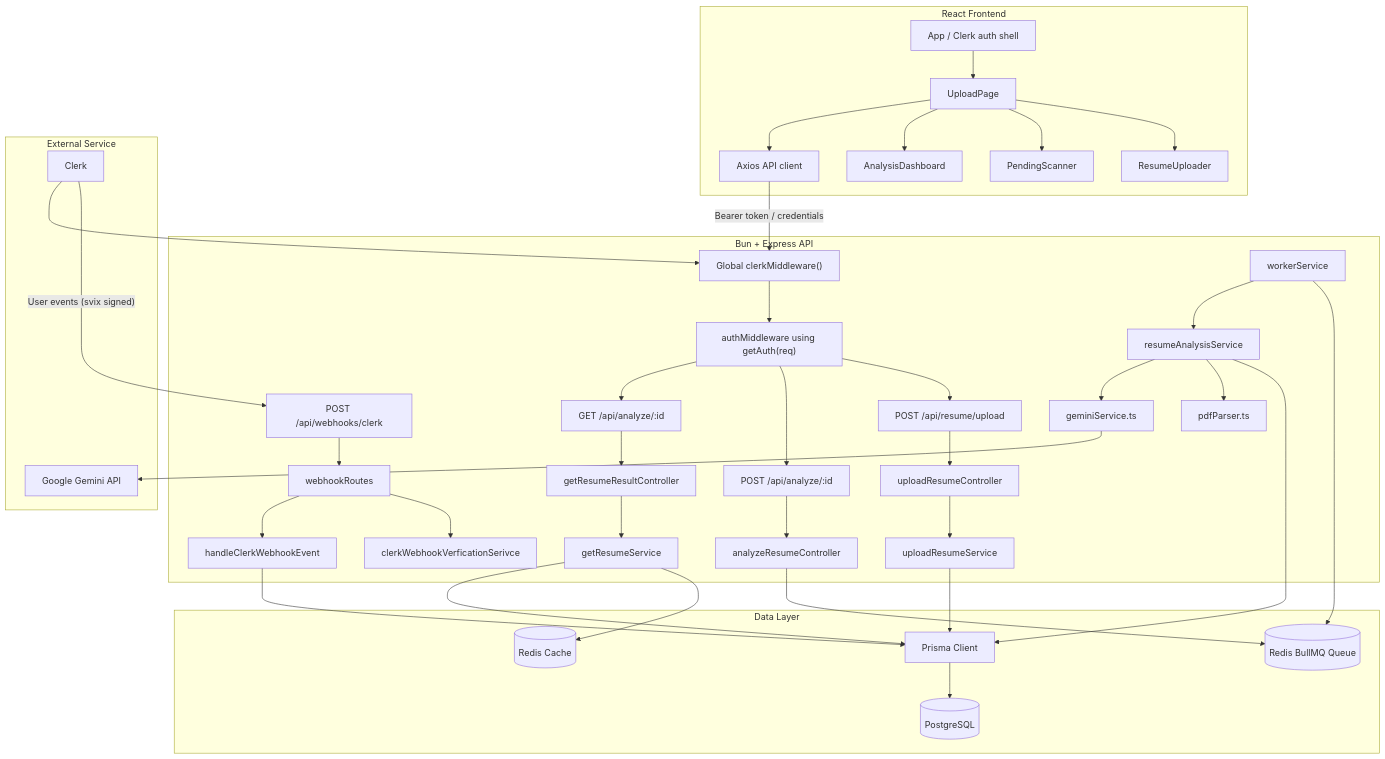
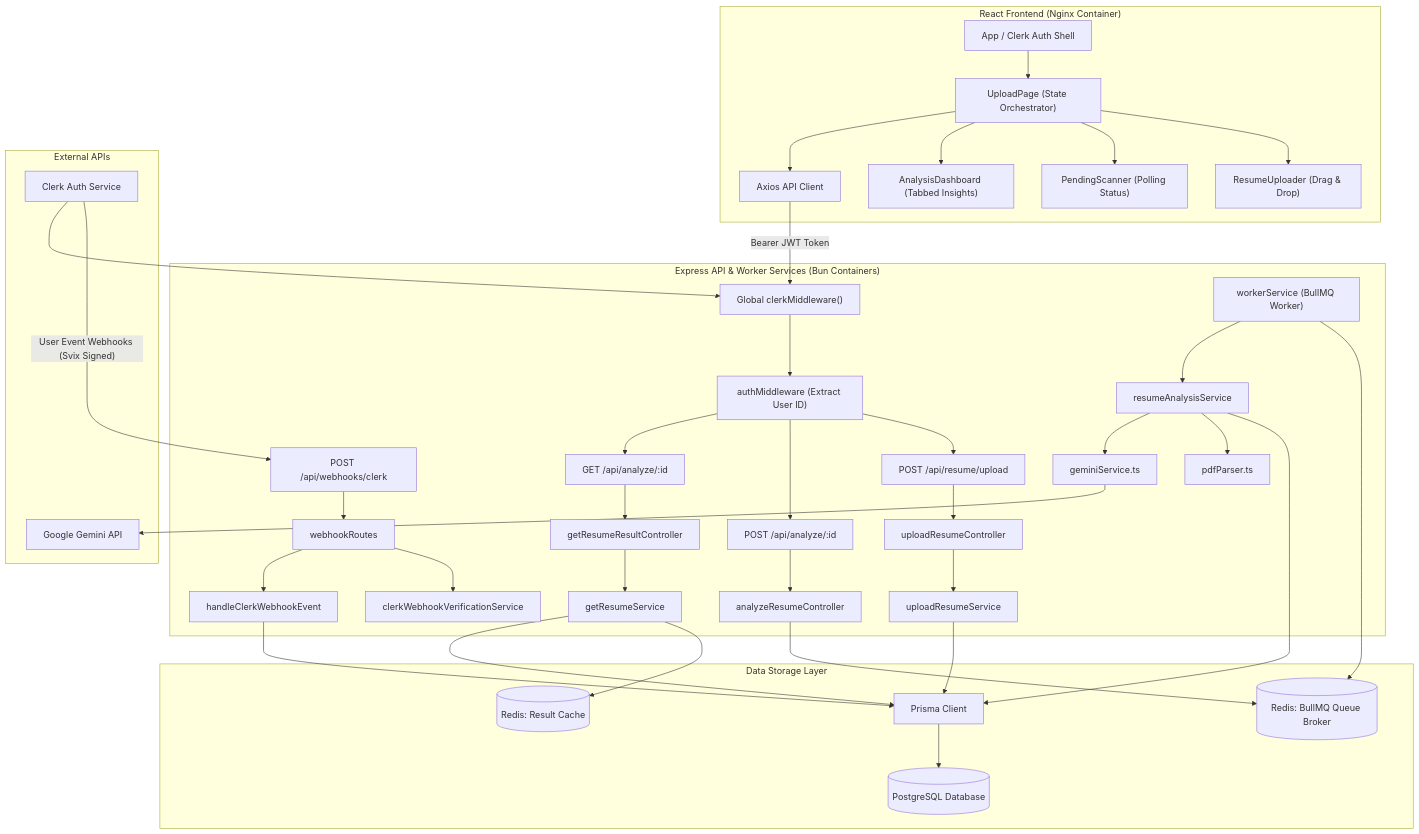
One commit to subhamoydatta703/Resumark changed the diagram in README.md. Above: the diagram before and after it, drawn with Mermaid. The commit also changed other lines of this file and 17 other files, not shown here.

Commit message:
feat: orchestrate multi-container deployment with Docker Compose, Redis caching, and service configurations

````diff
--- a/README.md
+++ b/README.md
@@ -16,12 +24,12 @@
 ```mermaid
 graph TD
-    subgraph Frontend["React Frontend"]
-        App["App / Clerk auth shell"]
-        UploadPage["UploadPage"]
-        Uploader["ResumeUploader"]
-        Scanner["PendingScanner"]
-        Dashboard["AnalysisDashboard"]
-        Api["Axios API client"]
+    subgraph Frontend["React Frontend (Nginx Container)"]
+        App["App / Clerk Auth Shell"]
+        UploadPage["UploadPage (State Orchestrator)"]
+        Uploader["ResumeUploader (Drag & Drop)"]
+        Scanner["PendingScanner (Polling Status)"]
+        Dashboard["AnalysisDashboard (Tabbed Insights)"]
+        Api["Axios API Client"]
 
         App --> UploadPage
         UploadPage --> Uploader
@@ -30,45 +38,49 @@
         UploadPage --> Api
     end
 
-    subgraph Backend["Bun + Express API"]
+    subgraph Backend["Express API & Worker Services (Bun Containers)"]
         GlobalAuth["Global clerkMiddleware()"]
-        Auth["authMiddleware using getAuth(req)"]
+        Auth["authMiddleware (Extract User ID)"]
         UploadRoute["POST /api/resume/upload"]
         AnalyzeRoute["POST /api/analyze/:id"]
         ResultRoute["GET /api/analyze/:id"]
         WebhookRoute["POST /api/webhooks/clerk"]
+
         UploadCtrl["uploadResumeController"]
         AnalyzeCtrl["analyzeResumeController"]
         ResultCtrl["getResumeResultController"]
         WebhookCtrl["webhookRoutes"]
+
         UploadSvc["uploadResumeService"]
         AnalyzeSvc["resumeAnalysisService"]
         GetSvc["getResumeService"]
-        WebhookVerifySvc["clerkWebhookVerficationSerivce"]
+        WebhookVerifySvc["clerkWebhookVerificationService"]
         WebhookHandleSvc["handleClerkWebhookEvent"]
-        Worker["workerService"]
+        
+        Worker["workerService (BullMQ Worker)"]
         Parser["pdfParser.ts"]
         Gemini["geminiService.ts"]
     end
 
-    subgraph Data["Data Layer"]
+    subgraph Data["Data Storage Layer"]
         Prisma["Prisma Client"]
-        Postgres[("PostgreSQL")]
-        RedisQueue[("Redis BullMQ Queue")]
-        RedisCache[("Redis Cache")]
+        Postgres[("PostgreSQL Database")]
+        RedisQueue[("Redis: BullMQ Queue Broker")]
+        RedisCache[("Redis: Result Cache")]
     end
 
-    subgraph External["External Service"]
-        Clerk["Clerk"]
+    subgraph External["External APIs"]
+        Clerk["Clerk Auth Service"]
         GeminiAPI["Google Gemini API"]
     end
 
-    Api -->|"Bearer token / credentials"| GlobalAuth
+    %% Flows
+    Api -->|"Bearer JWT Token"| GlobalAuth
     GlobalAuth --> Auth
     Auth --> UploadRoute
     Auth --> AnalyzeRoute
     Auth --> ResultRoute
-    Clerk -->|"User events (svix signed)"| WebhookRoute
+    Clerk -->|"User Event Webhooks (Svix Signed)"| WebhookRoute
     WebhookRoute --> WebhookCtrl
     WebhookCtrl --> WebhookVerifySvc
     WebhookCtrl --> WebhookHandleSvc
````
